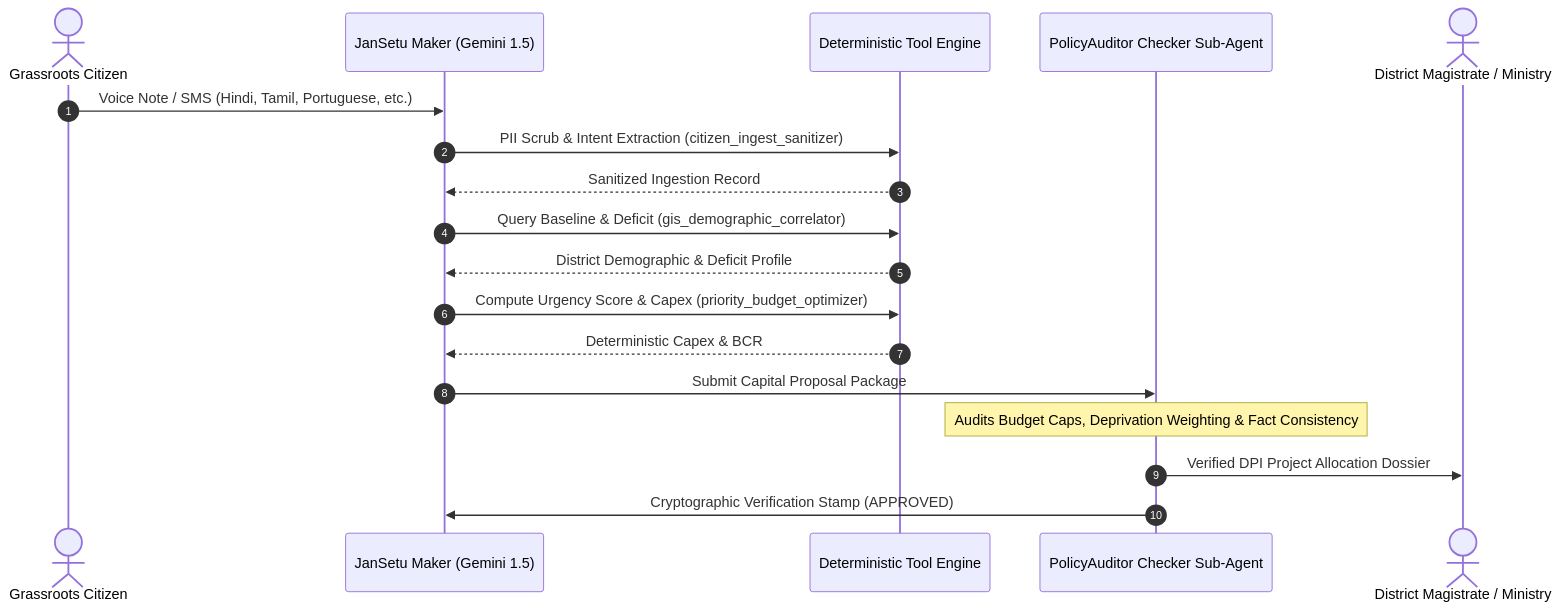
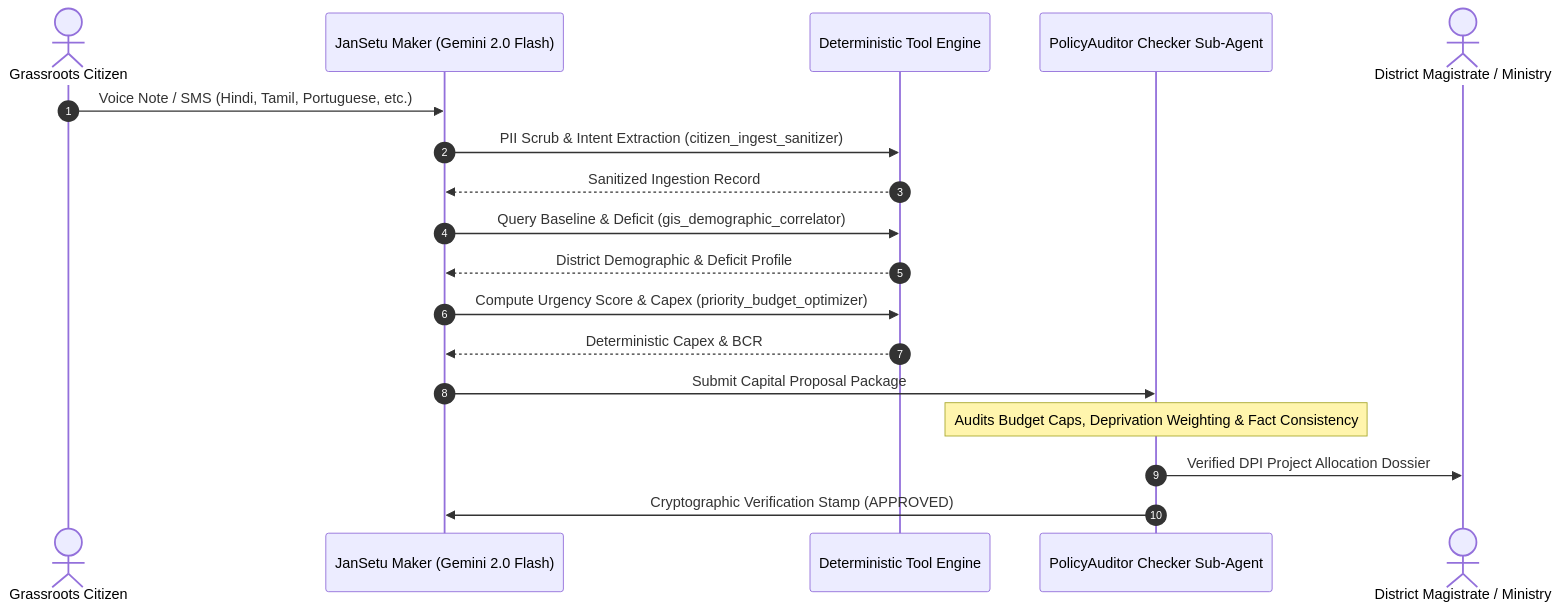
One commit to masood-mashu/jansetu-ai changed the diagram in README.md. Above: the diagram before and after it, drawn with Mermaid. The commit also changed other lines of this file and 8 other files, not shown here.

````diff
--- a/README.md
+++ b/README.md
@@ -111,21 +111,21 @@
 ```mermaid
 sequenceDiagram
     autonumber
     actor Citizen as Grassroots Citizen
-    participant Maker as JanSetu Maker (Gemini 1.5)
+    participant Maker as JanSetu Maker (Gemini 2.0 Flash)
     participant Tools as Deterministic Tool Engine
     participant Checker as PolicyAuditor Checker Sub-Agent
     actor Policy as District Magistrate / Ministry
 
     Citizen->>Maker: Voice Note / SMS (Hindi, Tamil, Portuguese, etc.)
     Maker->>Tools: PII Scrub & Intent Extraction (citizen_ingest_sanitizer)
     Tools-->>Maker: Sanitized Ingestion Record
     Maker->>Tools: Query Baseline & Deficit (gis_demographic_correlator)
     Tools-->>Maker: District Demographic & Deficit Profile
     Maker->>Tools: Compute Urgency Score & Capex (priority_budget_optimizer)
     Tools-->>Maker: Deterministic Capex & BCR
     Maker->>Checker: Submit Capital Proposal Package
     Note over Checker: Audits Budget Caps, Deprivation Weighting & Fact Consistency
     Checker->>Policy: Verified DPI Project Allocation Dossier
     Checker->>Maker: Cryptographic Verification Stamp (APPROVED)
 ```
````
